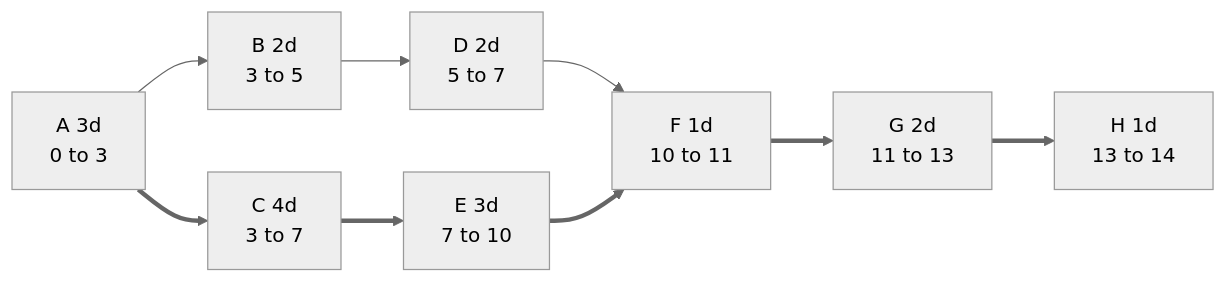
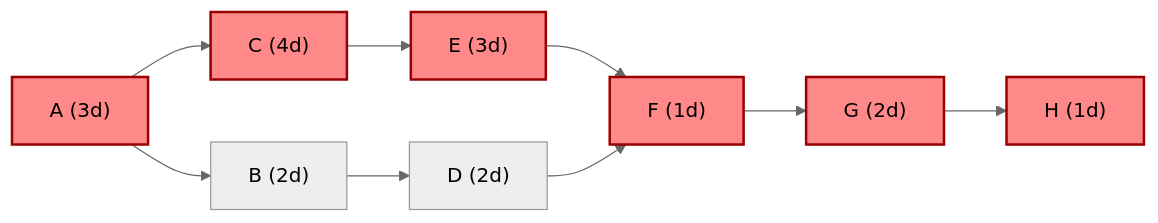
Before and after one commit to vrevolverrr/vicher: the diagram in eval/figure/generated/haiku/b-gantt.md, drawn with Mermaid (neutral theme). The commit also changed other lines of this file and 105 other files, not shown here.

Commit message:
test(eval): regenerate the figure replies with groups and states

````diff
--- a/eval/figure/generated/haiku/b-gantt.md
+++ b/eval/figure/generated/haiku/b-gantt.md
@@ -16,11 +16,7 @@
 ```mermaid
 flowchart LR
-    A["A 3d<br/>0 to 3"] ==> C["C 4d<br/>3 to 7"]
-    A --> B["B 2d<br/>3 to 5"]
-    B --> D["D 2d<br/>5 to 7"]
-    C ==> E["E 3d<br/>7 to 10"]
-    D --> F["F 1d<br/>10 to 11"]
-    E ==> F
-    F ==> G["G 2d<br/>11 to 13"]
-    G ==> H["H 1d<br/>13 to 14"]
+  A["A (3d)"] --> C["C (4d)"] --> E["E (3d)"] --> F["F (1d)"] --> G["G (2d)"] --> H["H (1d)"]
+  A --> B["B (2d)"] --> D["D (2d)"] --> F
+  classDef crit fill:#f88,stroke:#900,stroke-width:2px
+  class A,C,E,F,G,H crit
 ```
````
